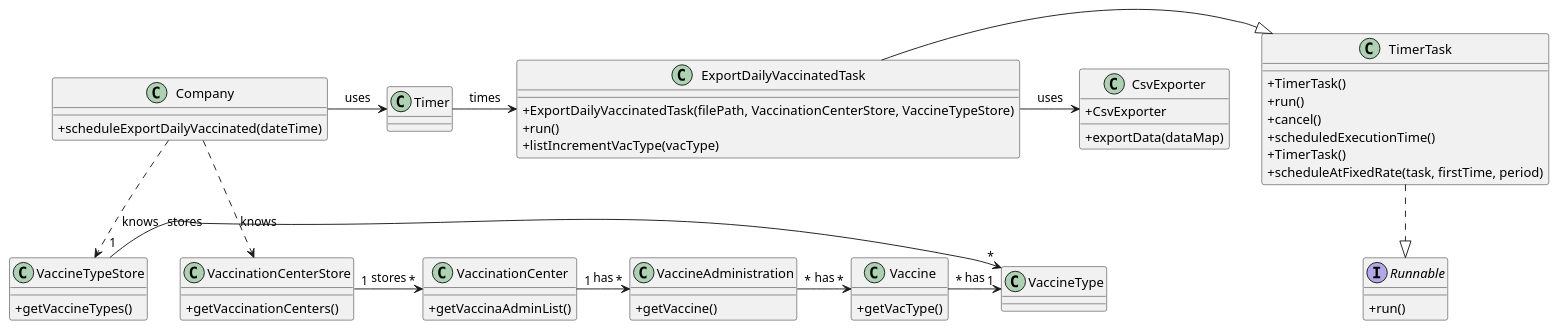
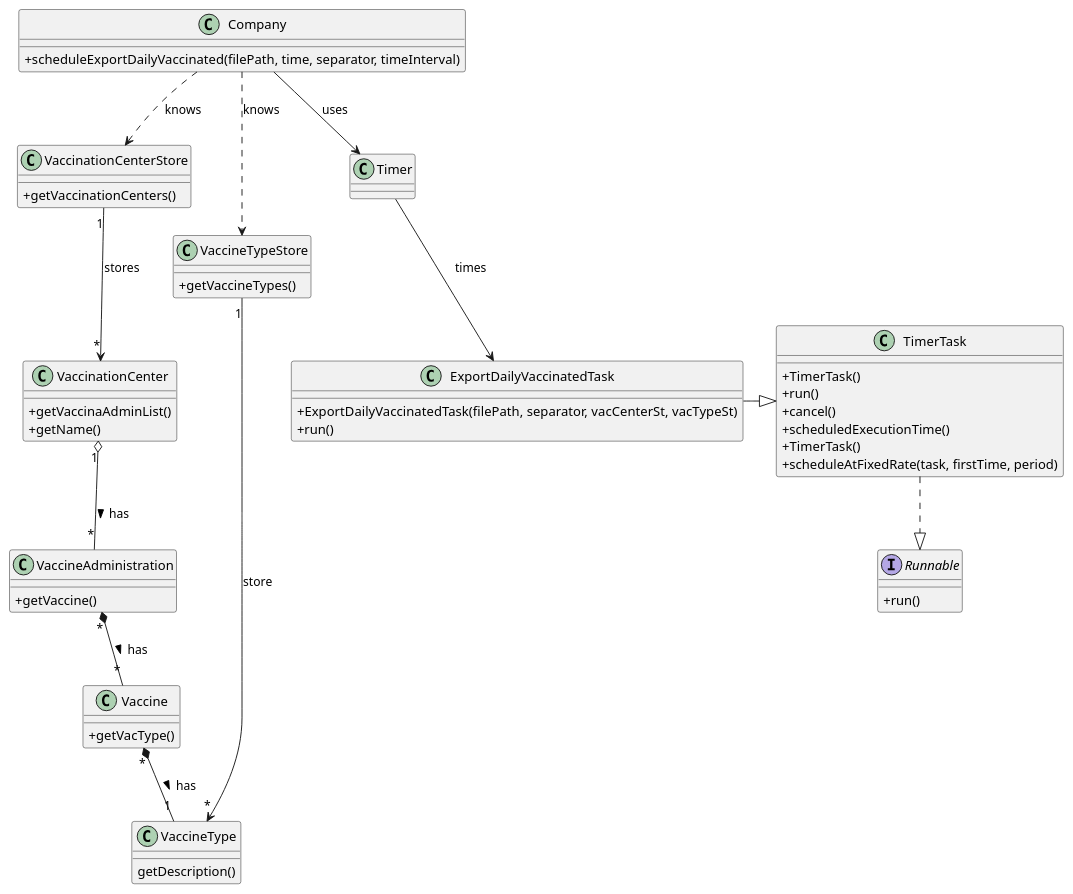
The diagram in docs/SprintD/US06/CD/US06_CD.puml (miseEnPlace-i/lapr2), drawn with PlantUML before and after one commit.

Commit message:
docs(US14): added CD

```diff
--- a/docs/SprintD/US06/CD/US06_CD.puml
+++ b/docs/SprintD/US06/CD/US06_CD.puml
@@ -1,70 +1,66 @@
 @startuml
 skinparam classAttributeIconSize 0
 
 class Company{
-    +scheduleExportDailyVaccinated(dateTime)
+    +scheduleExportDailyVaccinated(filePath, time, separator, timeInterval)
 }
 
 interface Runnable{
     +run()
 }
 
 abstract TimerTask{
     +TimerTask()
     +run()
     +cancel()
     +scheduledExecutionTime()
 }
 
 class ExportDailyVaccinatedTask {
-    +ExportDailyVaccinatedTask(filePath, VaccinationCenterStore, VaccineTypeStore)
+    +ExportDailyVaccinatedTask(filePath, separator, vacCenterSt, vacTypeSt)
     +run()
-    +listIncrementVacType(vacType)
 }
 
 class TimerTask{
     +TimerTask()
     +scheduleAtFixedRate(task, firstTime, period)
 }
 
 class VaccinationCenterStore {
     +getVaccinationCenters()
 }
 
 class VaccineTypeStore {
     +getVaccineTypes()
 }
 
 class VaccinationCenter {
     +getVaccinaAdminList()
+    +getName()
 }
 
 class Vaccine {
     +getVacType()
 }
 
-class CsvExporter {
-    +CsvExporter
-    +exportData(dataMap)
-}
-
 class VaccineAdministration {
     +getVaccine()
 }
 
-class VaccineType {}
+class VaccineType {
+    getDescription()
+}
 
 TimerTask ..|> Runnable
 ExportDailyVaccinatedTask -|> TimerTask
 Company ..> VaccinationCenterStore : knows
 Company ..> VaccineTypeStore : knows
-Vaccine "*" -> "1" VaccineType : has
-VaccineAdministration "*" -> "*" Vaccine : has
-VaccinationCenter "1" -> "*" VaccineAdministration : has
-VaccineTypeStore "1" -> "*" VaccineType : stores
-VaccinationCenterStore "1" -> "*" VaccinationCenter : stores
-Company -> Timer : uses
-Timer -> ExportDailyVaccinatedTask : times
-ExportDailyVaccinatedTask -> CsvExporter : uses
+Vaccine "*" *-- "1" VaccineType : has > 
+VaccineAdministration "*" *-- "*" Vaccine : has >
+VaccinationCenter "1" o-- "*" VaccineAdministration : has >
+VaccineTypeStore "1" --> "*" VaccineType : store
+VaccinationCenterStore "1" --> "*" VaccinationCenter : stores
+Company --> Timer : uses
+Timer --> ExportDailyVaccinatedTask : times
 
 @enduml
```
